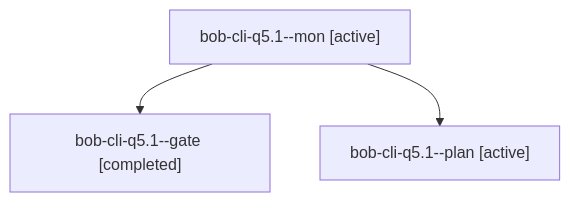
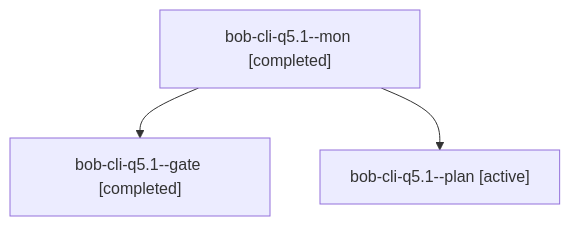
The diagram in sessions/bbugyi200.athena.bob-cli-q5.1.md (bobs-org/bob-cli--agents), drawn with Mermaid before and after one commit. The commit also changed other lines of this file and 56 other files, not shown here.

````diff
--- a/sessions/bbugyi200.athena.bob-cli-q5.1.md
+++ b/sessions/bbugyi200.athena.bob-cli-q5.1.md
@@ -9,8 +9,8 @@
 ```mermaid
 flowchart TD
-  n0["bob-cli-q5.1--mon [active]"]
+  n0["bob-cli-q5.1--mon [completed]"]
   n1["bob-cli-q5.1--gate [completed]"]
   n0 --> n1
   n2["bob-cli-q5.1--plan [active]"]
   n0 --> n2
 ```
````
